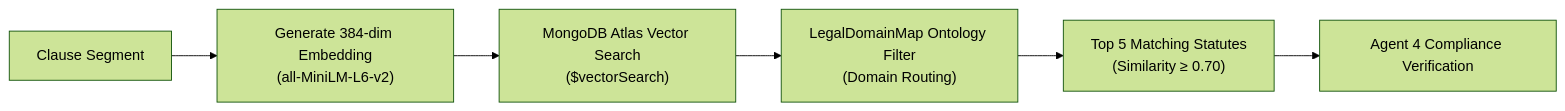
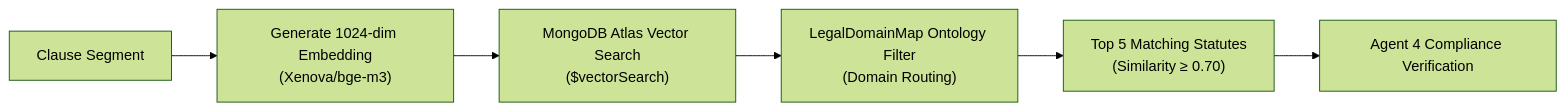
Before and after one commit to Aditya2514/LexGuard: the third of 3 diagrams in README.md, drawn with Mermaid (forest theme). The commit also changed other lines of this file, not shown here.

````diff
--- a/README.md
+++ b/README.md
@@ -265,8 +267,8 @@
 ```mermaid
 graph LR
-    CT["Clause Segment"] --> EMB["Generate 384-dim Embedding\n(all-MiniLM-L6-v2)"]
+    CT["Clause Segment"] --> EMB["Generate 1024-dim Embedding\n(Xenova/bge-m3)"]
     EMB --> Atlas["MongoDB Atlas Vector Search\n($vectorSearch)"]
     Atlas --> Filter["LegalDomainMap Ontology Filter\n(Domain Routing)"]
     Filter --> Match["Top 5 Matching Statutes\n(Similarity ≥ 0.70)"]
     Match --> Agent4["Agent 4 Compliance Verification"]
 ```
````
